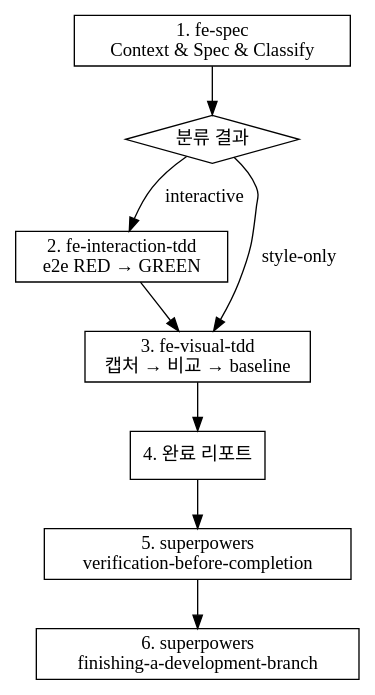
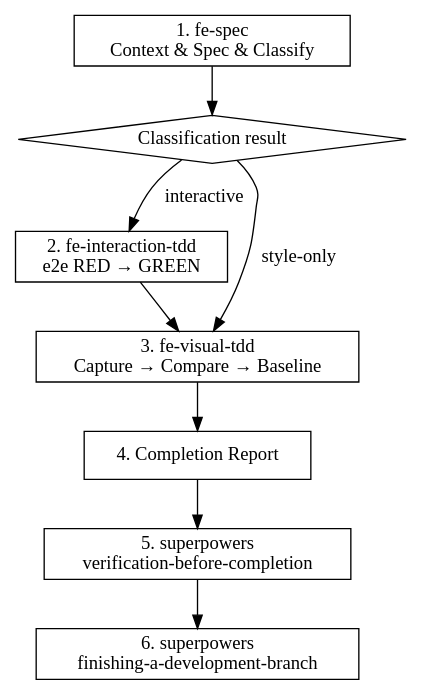
One commit to ludacirs/fe-harness-skill changed the diagram in skills/fe-harness/SKILL.md. Above: the diagram before and after it, drawn with Graphviz. The commit also changed other lines of this file and 8 other files, not shown here.

````diff
--- a/skills/fe-harness/SKILL.md
+++ b/skills/fe-harness/SKILL.md
@@ -21,21 +21,21 @@
 ```dot
 digraph fe_harness {
   node [shape=box];
 
   fe_spec [label="1. fe-spec\nContext & Spec & Classify"];
-  classify [label="분류 결과" shape=diamond];
+  classify [label="Classification result" shape=diamond];
   fe_interaction_tdd [label="2. fe-interaction-tdd\ne2e RED → GREEN"];
-  fe_visual_tdd [label="3. fe-visual-tdd\n캡처 → 비교 → baseline"];
-  report [label="4. 완료 리포트"];
+  fe_visual_tdd [label="3. fe-visual-tdd\nCapture → Compare → Baseline"];
+  report [label="4. Completion Report"];
   verification [label="5. superpowers\nverification-before-completion"];
   finishing [label="6. superpowers\nfinishing-a-development-branch"];
 
   fe_spec -> classify;
   classify -> fe_interaction_tdd [label="interactive"];
   classify -> fe_visual_tdd [label="style-only"];
   fe_interaction_tdd -> fe_visual_tdd;
   fe_visual_tdd -> report;
   report -> verification;
   verification -> finishing;
 }
 ```
````
